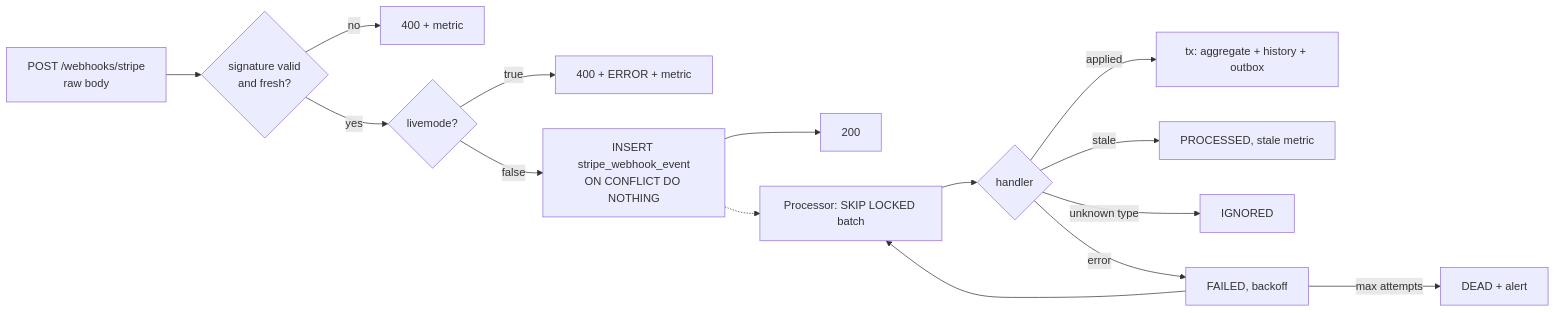
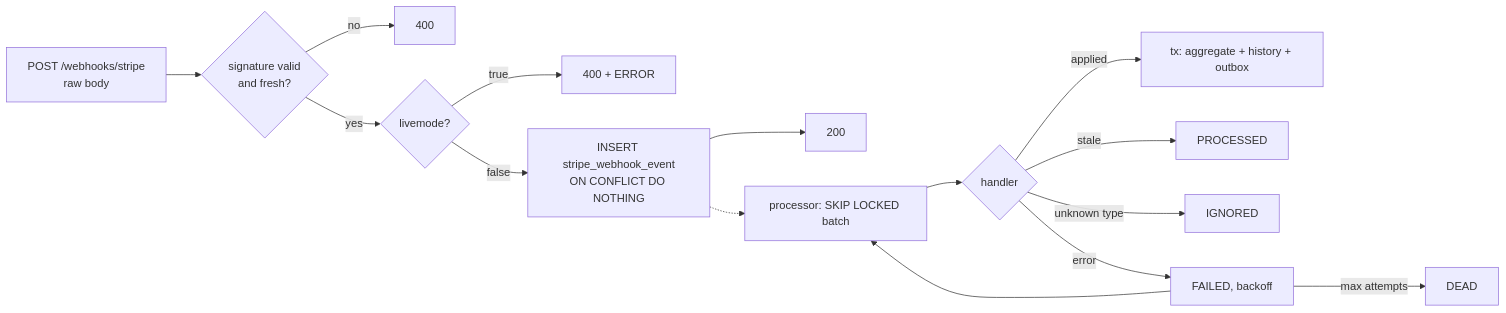
Before and after one commit to AlexGorbatov/order-payment-platform: the sixth of 6 diagrams in docs/architecture.md, drawn with Mermaid. The commit also changed other lines of this file and 39 other files, not shown here.

````diff
--- a/docs/architecture.md
+++ b/docs/architecture.md
@@ -234,16 +194,16 @@
 ```mermaid
 flowchart LR
   A[POST /webhooks/stripe<br/>raw body] --> B{signature valid<br/>and fresh?}
-  B -- no --> X[400 + metric]
+  B -- no --> X[400]
   B -- yes --> L{livemode?}
-  L -- true --> X2[400 + ERROR + metric]
+  L -- true --> X2[400 + ERROR]
   L -- false --> D[INSERT stripe_webhook_event<br/>ON CONFLICT DO NOTHING]
   D --> R[200]
-  D -.-> P[Processor: SKIP LOCKED batch]
+  D -.-> P[processor: SKIP LOCKED batch]
   P --> H{handler}
   H -- applied --> T[tx: aggregate + history + outbox]
-  H -- stale --> S1[PROCESSED, stale metric]
+  H -- stale --> S1[PROCESSED]
   H -- unknown type --> I[IGNORED]
   H -- error --> F[FAILED, backoff] --> P
-  F -- max attempts --> DEAD[DEAD + alert]
+  F -- max attempts --> DEAD[DEAD]
 ```
````
